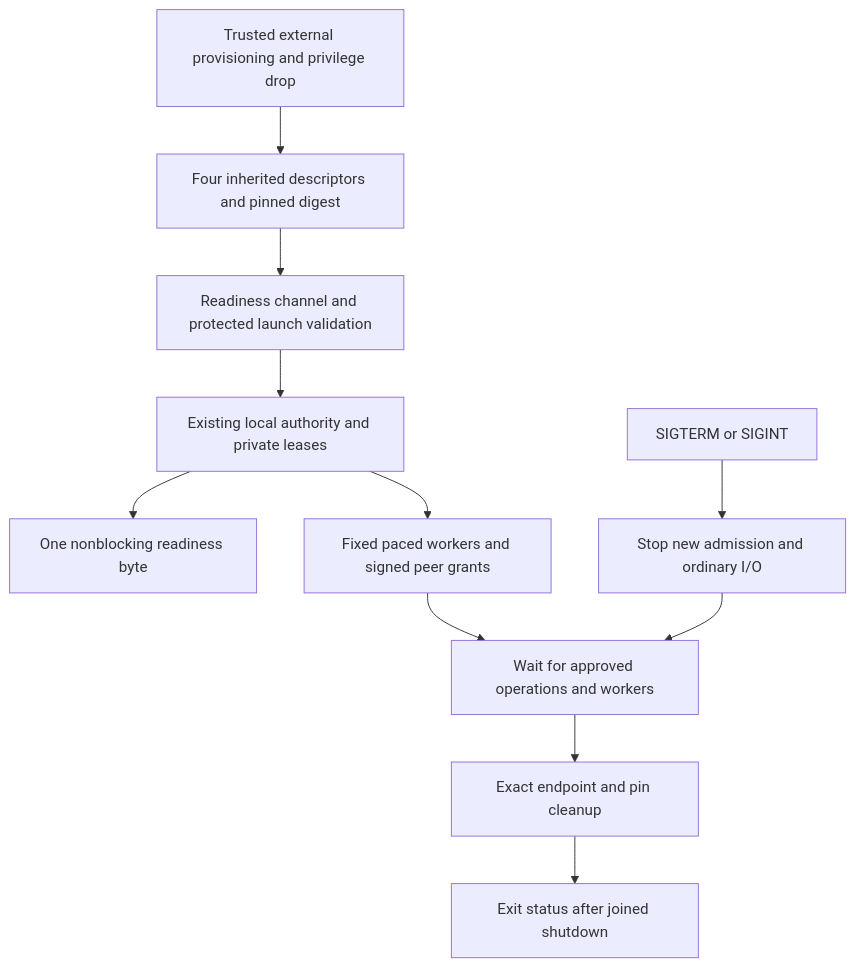
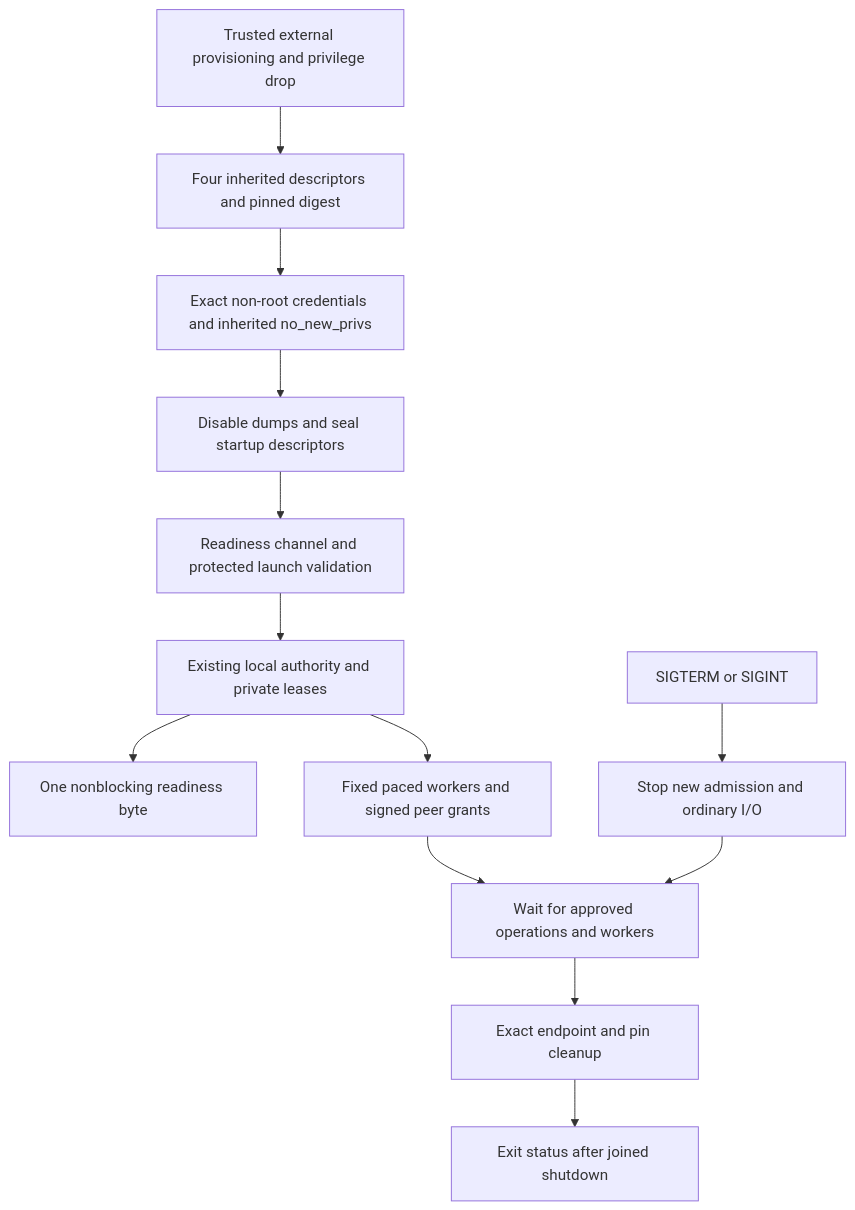
Before and after one commit to duggytuxy/syswarden: the diagram in docs/v5/AUTHORITY_PROCESS.md, drawn with Mermaid. The commit also changed other lines of this file and 11 other files, not shown here.

````diff
--- a/docs/v5/AUTHORITY_PROCESS.md
+++ b/docs/v5/AUTHORITY_PROCESS.md
@@ -73,13 +105,15 @@
 ```mermaid
 flowchart TD
     L[Trusted external provisioning and privilege drop] --> F[Four inherited descriptors and pinned digest]
-    F --> V[Readiness channel and protected launch validation]
+    F --> G[Exact non-root credentials and inherited no_new_privs]
+    G --> H[Disable dumps and seal startup descriptors]
+    H --> V[Readiness channel and protected launch validation]
     V --> S[Existing local authority and private leases]
     S --> R[One nonblocking readiness byte]
     S --> W[Fixed paced workers and signed peer grants]
     T[SIGTERM or SIGINT] --> C[Stop new admission and ordinary I/O]
     C --> D[Wait for approved operations and workers]
     W --> D
     D --> E[Exact endpoint and pin cleanup]
     E --> X[Exit status after joined shutdown]
 ```
````
